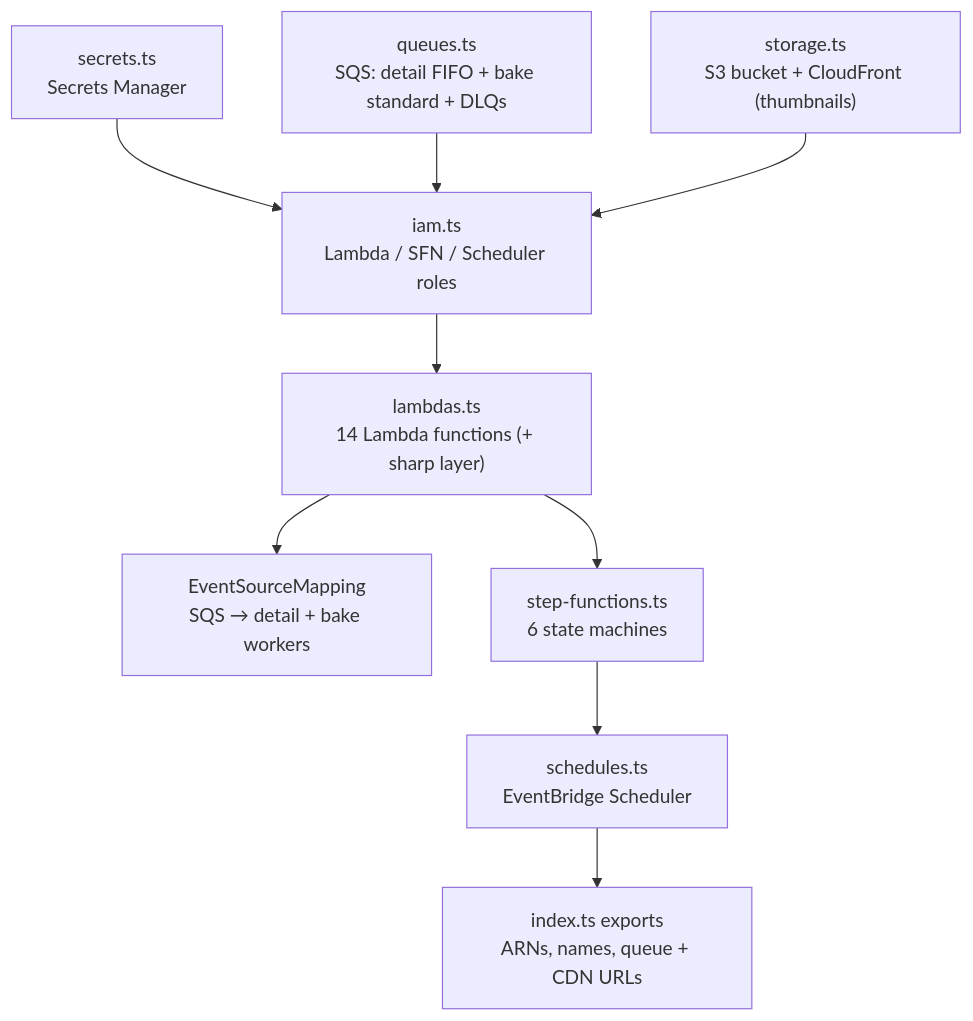
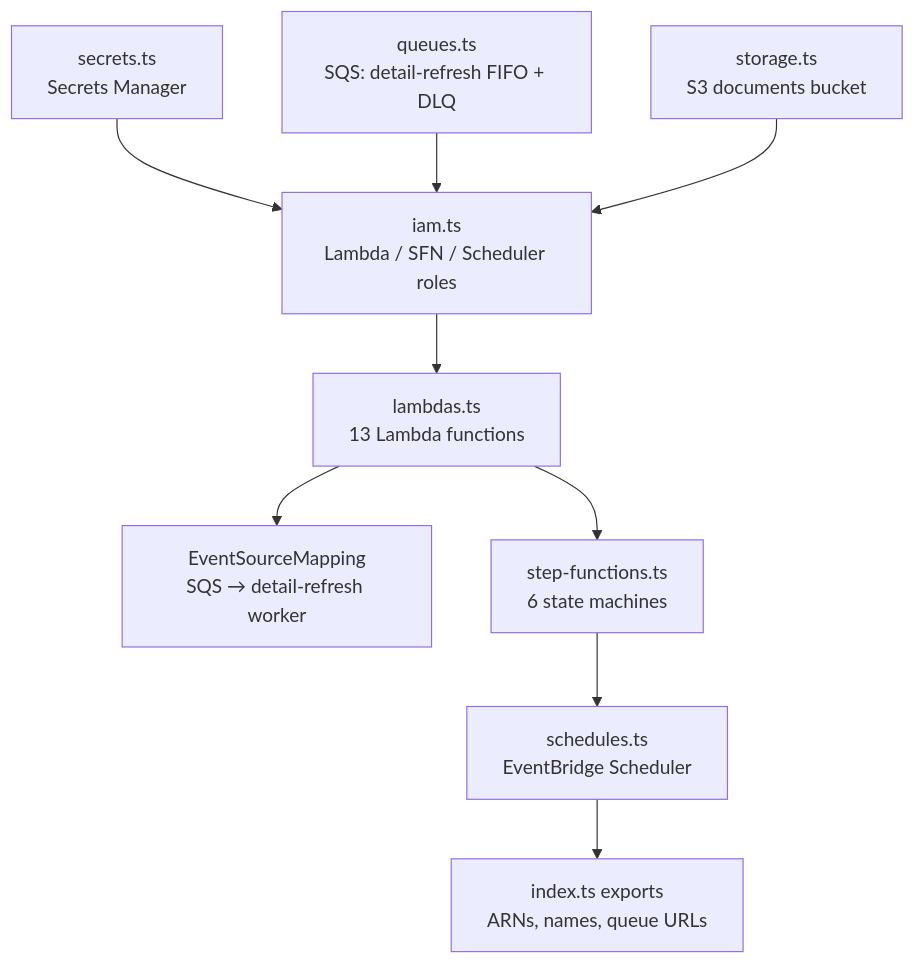
The first of 2 diagrams in docs/06-infrastructure-aws-pulumi.md (bojidaryovchev/selectauto), drawn with Mermaid before and after one commit. The commit also changed other lines of this file and 86 other files, not shown here.

````diff
--- a/docs/06-infrastructure-aws-pulumi.md
+++ b/docs/06-infrastructure-aws-pulumi.md
@@ -11,11 +11,11 @@
 ```mermaid
 flowchart TD
   secrets["secrets.ts<br/>Secrets Manager"] --> iam
-  queues["queues.ts<br/>SQS: detail FIFO + bake standard + DLQs"] --> iam
-  storage["storage.ts<br/>S3 bucket + CloudFront (thumbnails)"] --> iam
+  queues["queues.ts<br/>SQS: detail-refresh FIFO + DLQ"] --> iam
+  storage["storage.ts<br/>S3 documents bucket"] --> iam
   iam["iam.ts<br/>Lambda / SFN / Scheduler roles"] --> lambdas
-  lambdas["lambdas.ts<br/>14 Lambda functions (+ sharp layer)"] --> esm["EventSourceMapping<br/>SQS → detail + bake workers"]
+  lambdas["lambdas.ts<br/>13 Lambda functions"] --> esm["EventSourceMapping<br/>SQS → detail-refresh worker"]
   lambdas --> sfn["step-functions.ts<br/>6 state machines"]
   sfn --> sched["schedules.ts<br/>EventBridge Scheduler"]
-  sched --> outputs["index.ts exports<br/>ARNs, names, queue + CDN URLs"]
+  sched --> outputs["index.ts exports<br/>ARNs, names, queue URLs"]
 ```
````
